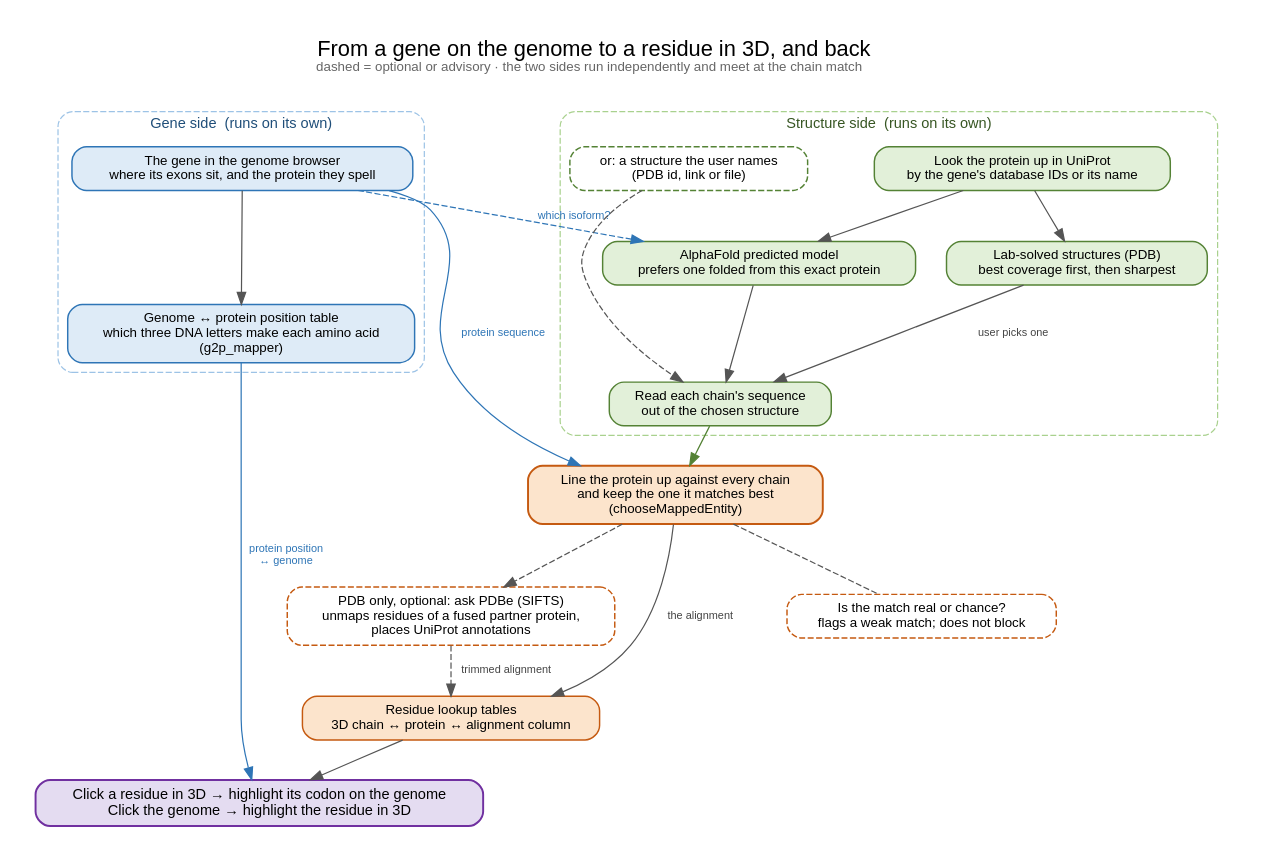
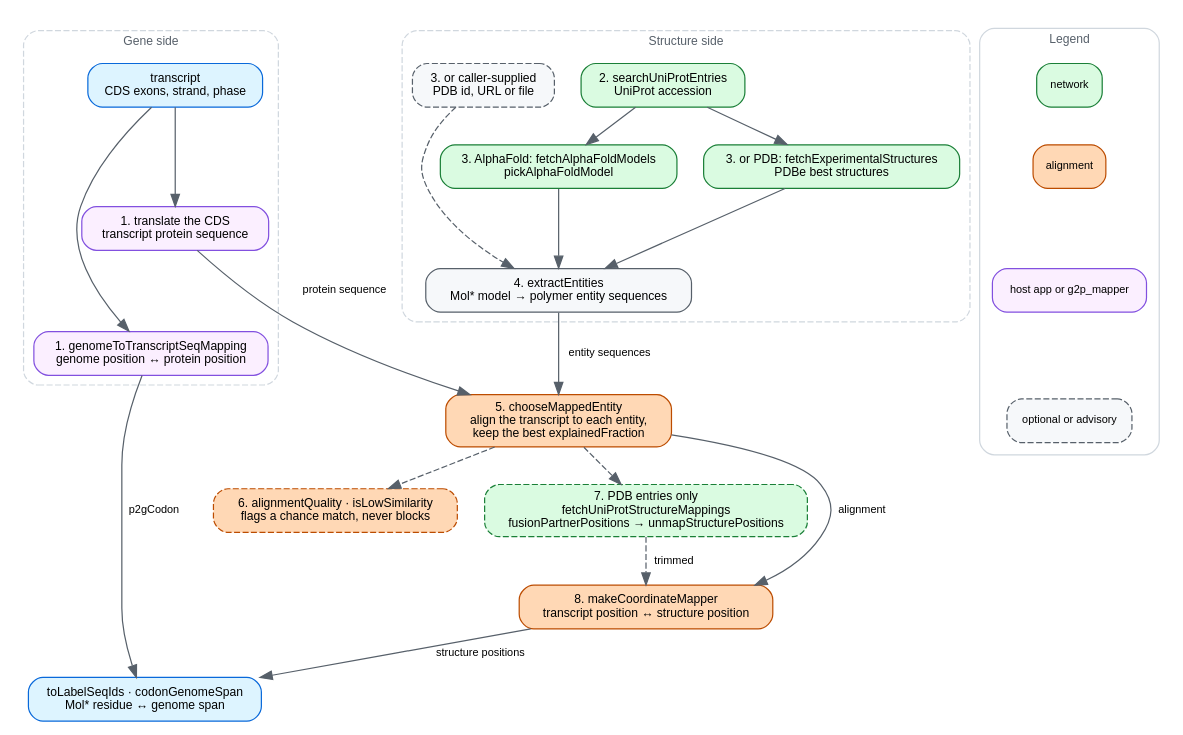
One commit to GMOD/p2s_mapper changed the diagram in docs/img/pipeline.dot. Above: the diagram before and after it, drawn with Graphviz. The commit also changed 1 other file, not shown here.

Commit message:
docs: restyle the pipeline flowchart after the other repos' dataflow charts

```diff
--- a/docs/img/pipeline.dot
+++ b/docs/img/pipeline.dot
@@ -1,66 +1,90 @@
-digraph p2s {
-  graph [bgcolor=white, fontname=Helvetica, rankdir=TB, nodesep=0.35, ranksep=0.45,
-         labelloc=t, fontsize=18, pad=0.3, newrank=true,
-         label=<From a gene on the genome to a residue in 3D, and back<BR/><FONT POINT-SIZE="11" COLOR="#666666">dashed = optional or advisory · the two sides run independently and meet at the chain match</FONT><BR/> >]
-  node  [fontname=Helvetica, fontsize=11, shape=box, style="rounded,filled",
-         penwidth=1.2, margin="0.18,0.08"]
-  edge  [fontname=Helvetica, fontsize=9, color="#555555", fontcolor="#444444"]
+// Source for docs/img/pipeline.svg, which docs/pipeline.md and the README embed.
+// Regenerate with: dot -Tsvg docs/img/pipeline.dot -o docs/img/pipeline.svg
+//
+// Main path only: how a transcript and a structure meet at chooseMappedEntity.
+// Step numbers match the list in docs/pipeline.md.
+//
+// SYNC: palette, legend and font sizes follow ~/src/gmod/bam-js/docs/img/dataflow.dot
+// (entry/exit blue, I/O green, compute orange, outside this package purple).
+digraph p2smapper {
+  rankdir=TB
+  newrank=true
+  bgcolor="white"
+  nodesep=0.3
+  ranksep=0.4
+  node [shape=box style="filled,rounded" fillcolor="#f6f8fa" color="#57606a"
+        fontname="Helvetica" fontsize=10 margin="0.14,0.07"]
+  edge [color="#57606a" fontname="Helvetica" fontsize=9]
 
   subgraph cluster_gene {
-    label="Gene side  (runs on its own)"; fontsize=12; fontcolor="#1f4e79"
-    style="rounded,dashed"; color="#9dc3e6"
-    gene  [label="The gene in the genome browser\nwhere its exons sit, and the protein they spell",
-           fillcolor="#deebf7", color="#2e75b6"]
-    table [label="Genome ↔ protein position table\nwhich three DNA letters make each amino acid\n(g2p_mapper)",
-           fillcolor="#deebf7", color="#2e75b6"]
+    label="Gene side"
+    labelloc="t"
+    fontname="Helvetica"
+    fontsize=10
+    fontcolor="#57606a"
+    color="#d0d7de"
+    style="rounded,dashed"
+    transcript [label="transcript\nCDS exons, strand, phase" fillcolor="#ddf4ff" color="#0969da"]
+    translate  [label="1. translate the CDS\ntranscript protein sequence" fillcolor="#fbefff" color="#8250df"]
+    g2p        [label="1. genomeToTranscriptSeqMapping\ngenome position ↔ protein position" fillcolor="#fbefff" color="#8250df"]
   }
 
   subgraph cluster_struct {
-    label="Structure side  (runs on its own)"; fontsize=12; fontcolor="#375623"
-    style="rounded,dashed"; color="#a9d18e"
-    uniprot [label="Look the protein up in UniProt\nby the gene's database IDs or its name",
-             fillcolor="#e2f0d9", color="#548235"]
-    af      [label="AlphaFold predicted model\nprefers one folded from this exact protein",
-             fillcolor="#e2f0d9", color="#548235"]
-    pdb     [label="Lab-solved structures (PDB)\nbest coverage first, then sharpest",
-             fillcolor="#e2f0d9", color="#548235"]
-    own     [label="or: a structure the user names\n(PDB id, link or file)",
-             fillcolor="white", color="#548235", style="rounded,dashed"]
-    chains  [label="Read each chain's sequence\nout of the chosen structure",
-             fillcolor="#e2f0d9", color="#548235"]
+    label="Structure side"
+    labelloc="t"
+    fontname="Helvetica"
+    fontsize=10
+    fontcolor="#57606a"
+    color="#d0d7de"
+    style="rounded,dashed"
+    uniprot [label="2. searchUniProtEntries\nUniProt accession" fillcolor="#dafbe1" color="#1a7f37"]
+    af      [label="3. AlphaFold: fetchAlphaFoldModels\npickAlphaFoldModel" fillcolor="#dafbe1" color="#1a7f37"]
+    pdb     [label="3. or PDB: fetchExperimentalStructures\nPDBe best structures" fillcolor="#dafbe1" color="#1a7f37"]
+    own     [label="3. or caller-supplied\nPDB id, URL or file" style="filled,rounded,dashed"]
+    entities [label="4. extractEntities\nMol* model → polymer entity sequences"]
   }
 
-  match  [label="Line the protein up against every chain\nand keep the one it matches best\n(chooseMappedEntity)",
-          fillcolor="#fce4cc", color="#c55a11", penwidth=1.6]
-  check  [label="Is the match real or chance?\nflags a weak match; does not block",
-          fillcolor="white", color="#c55a11", style="rounded,dashed"]
-  sifts  [label="PDB only, optional: ask PDBe (SIFTS)\nunmaps residues of a fused partner protein,\nplaces UniProt annotations",
-          fillcolor="white", color="#c55a11", style="rounded,dashed"]
-  lookup [label="Residue lookup tables\n3D chain ↔ protein ↔ alignment column",
-          fillcolor="#fce4cc", color="#c55a11"]
-  result [label="Click a residue in 3D → highlight its codon on the genome\nClick the genome → highlight the residue in 3D",
-          fillcolor="#e4dcf1", color="#7030a0", penwidth=1.6, fontsize=12]
+  match  [label="5. chooseMappedEntity\nalign the transcript to each entity,\nkeep the best explainedFraction" fillcolor="#ffd8b5" color="#bc4c00"]
+  check  [label="6. alignmentQuality · isLowSimilarity\nflags a chance match, never blocks" style="filled,rounded,dashed" fillcolor="#ffd8b5" color="#bc4c00"]
+  sifts  [label="7. PDB entries only\nfetchUniProtStructureMappings\nfusionPartnerPositions → unmapStructurePositions" style="filled,rounded,dashed" fillcolor="#dafbe1" color="#1a7f37"]
+  mapper [label="8. makeCoordinateMapper\ntranscript position ↔ structure position" fillcolor="#ffd8b5" color="#bc4c00"]
+  result [label="toLabelSeqIds · codonGenomeSpan\nMol* residue ↔ genome span" fillcolor="#ddf4ff" color="#0969da"]
 
-  gene -> table
+  transcript -> translate
+  transcript -> g2p
+  transcript -> uniprot [style=invis]
   uniprot -> af
   uniprot -> pdb
-  af -> chains
-  pdb -> chains [label=" user picks one"]
-  own -> chains [style=dashed]
+  af -> entities
+  pdb -> entities
+  own -> entities [style=dashed]
 
-  gene -> af [style=dashed, color="#2e75b6", constraint=false,
-              label=" which isoform?", fontcolor="#2e75b6"]
-  gene -> match [label=" protein sequence", color="#2e75b6", fontcolor="#2e75b6"]
-  chains -> match [color="#548235"]
+  translate -> match [label=" protein sequence "]
+  entities -> match [label=" entity sequences "]
+  match -> check [style=dashed]
+  match -> sifts [style=dashed]
+  match -> mapper [label=" alignment "]
+  sifts -> mapper [style=dashed label=" trimmed "]
+  mapper -> result [label=" structure positions "]
+  g2p -> result [label=" p2gCodon "]
 
-  match -> check  [style=dashed, arrowhead=none]
-  match -> lookup [label=" the alignment"]
-  match -> sifts  [style=dashed]
-  sifts -> lookup [style=dashed, label=" trimmed alignment"]
+  {rank=same; transcript; uniprot; own}
+  {rank=same; check; sifts}
 
-  lookup -> result
-  table  -> result [color="#2e75b6", label=" protein position\n↔ genome", fontcolor="#2e75b6"]
-
-  {rank=same; gene; uniprot; own}
-  {rank=same; check; sifts}
+  subgraph cluster_legend {
+    label="Legend"
+    labelloc="t"
+    fontname="Helvetica"
+    fontsize=10
+    fontcolor="#57606a"
+    color="#d0d7de"
+    style="rounded"
+    margin=10
+    node [shape=box style="filled,rounded" fontsize=9 margin="0.1,0.04"]
+    l1 [label="network" fillcolor="#dafbe1" color="#1a7f37"]
+    l2 [label="alignment" fillcolor="#ffd8b5" color="#bc4c00"]
+    l3 [label="host app or g2p_mapper" fillcolor="#fbefff" color="#8250df"]
+    l4 [label="optional or advisory" style="filled,rounded,dashed"]
+    l1 -> l2 -> l3 -> l4 [style=invis]
+  }
 }
```
